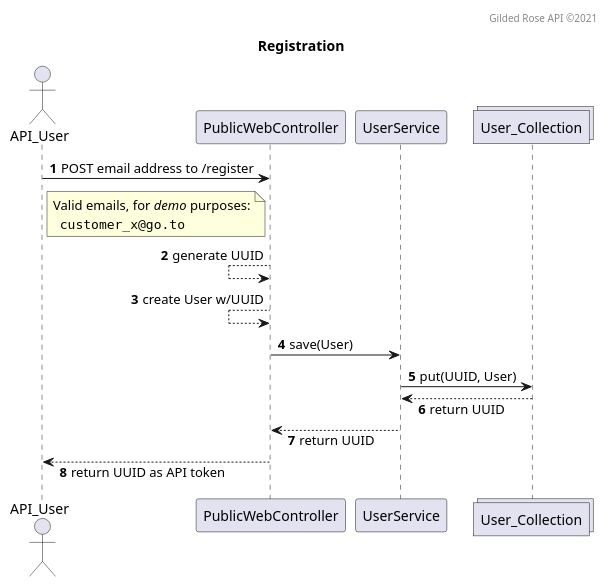
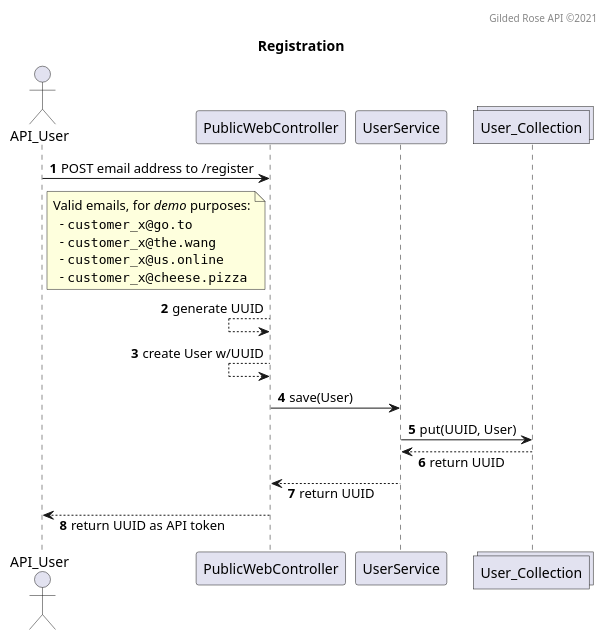
Before and after one commit to bladewheels/GildedRoseAPI: the diagram in src/main/resources/seq.register.puml, drawn with PlantUML.

```diff
--- a/src/main/resources/seq.register.puml
+++ b/src/main/resources/seq.register.puml
@@ -1,25 +1,28 @@
 @startuml
 skinparam responseMessageBelowArrow true
 autonumber
 
 title Registration
 header Gilded Rose API ©2021
 
 actor API_User
 participant PublicWebController
 participant UserService
 collections User_Collection
 
 API_User -> PublicWebController : POST email address to /register
 note right of API_User
  Valid emails, for //demo// purposes:
-   ""customer_x@go.to""
+   - ""customer_x@go.to""
+   - ""customer_x@the.wang""
+   - ""customer_x@us.online""
+   - ""customer_x@cheese.pizza""
 end note
 PublicWebController <-- PublicWebController : generate UUID
 PublicWebController <-- PublicWebController : create User w/UUID
 PublicWebController -> UserService : save(User)
 UserService -> User_Collection : put(UUID, User)
 UserService <-- User_Collection : return UUID
 PublicWebController <-- UserService : return UUID
 API_User <-- PublicWebController : return UUID as API token
 @enduml
```
